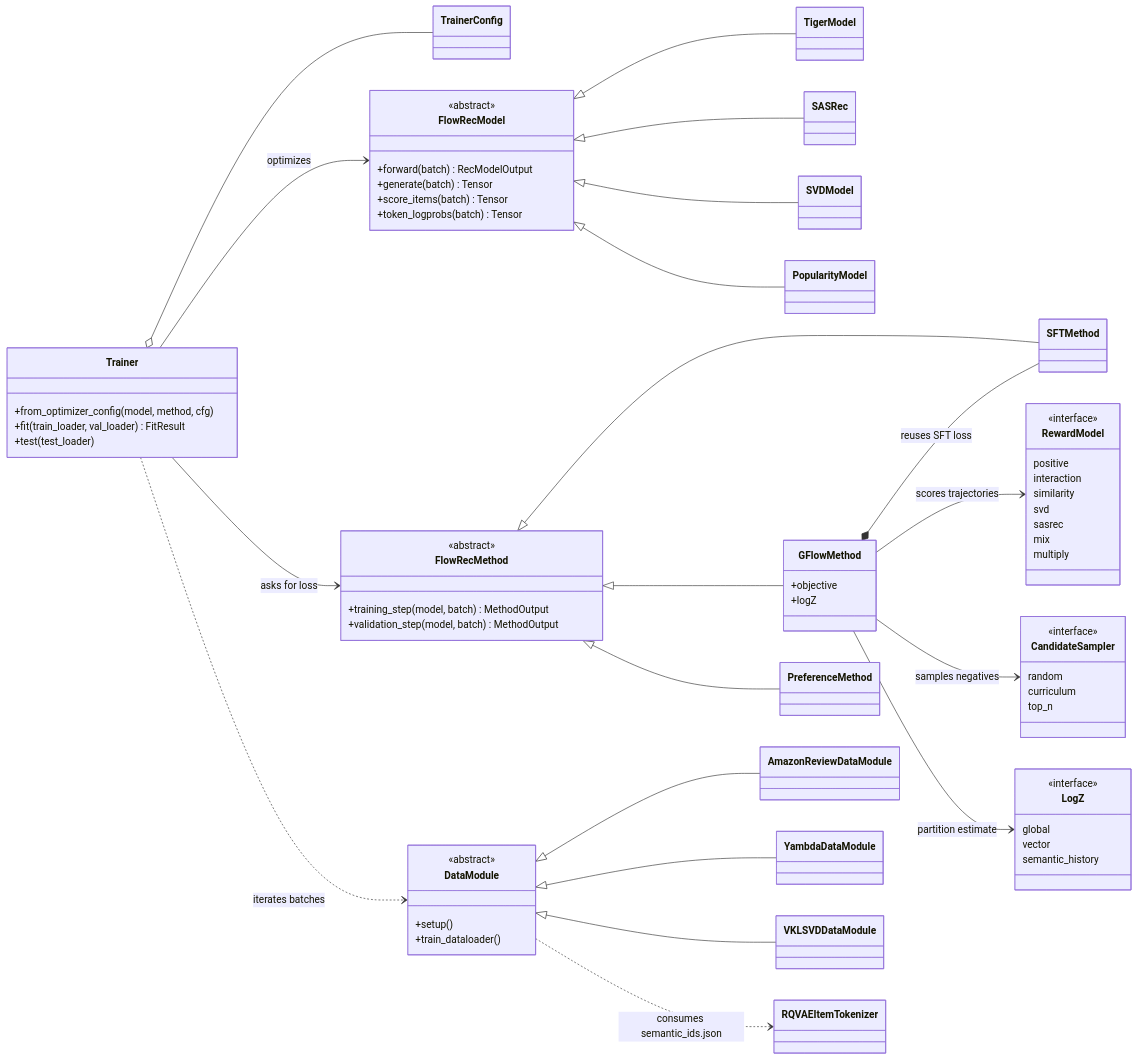
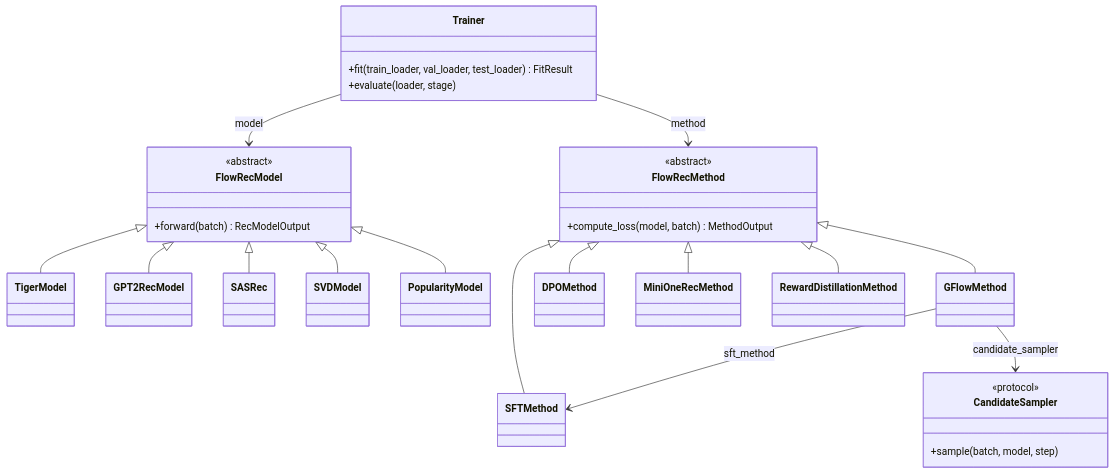
One commit to Anaxagor/flowrec changed the diagram in README.md. Above: the diagram before and after it, drawn with Mermaid. The commit also changed other lines of this file and 49 other files, not shown here.

````diff
--- a/README.md
+++ b/README.md
@@ -110,89 +63,36 @@
 ```mermaid
 classDiagram
-    direction LR
-
-    class Trainer {
-        +from_optimizer_config(model, method, cfg)
-        +fit(train_loader, val_loader) FitResult
-        +test(test_loader)
-    }
-    class TrainerConfig
-    Trainer o-- TrainerConfig
-
     class FlowRecModel {
         <<abstract>>
         +forward(batch) RecModelOutput
-        +generate(batch) Tensor
-        +score_items(batch) Tensor
-        +token_logprobs(batch) Tensor
     }
-    class TigerModel
-    class SASRec
-    class SVDModel
-    class PopularityModel
+    class FlowRecMethod {
+        <<abstract>>
+        +compute_loss(model, batch) MethodOutput
+    }
+    class Trainer {
+        +fit(train_loader, val_loader, test_loader) FitResult
+        +evaluate(loader, stage)
+    }
+    class CandidateSampler {
+        <<protocol>>
+        +sample(batch, model, step)
+    }
+
     FlowRecModel <|-- TigerModel
+    FlowRecModel <|-- GPT2RecModel
     FlowRecModel <|-- SASRec
     FlowRecModel <|-- SVDModel
     FlowRecModel <|-- PopularityModel
 
-    class FlowRecMethod {
-        <<abstract>>
-        +training_step(model, batch) MethodOutput
-        +validation_step(model, batch) MethodOutput
-    }
-    class SFTMethod
-    class GFlowMethod {
-        +objective
-        +logZ
-    }
-    class PreferenceMethod
     FlowRecMethod <|-- SFTMethod
     FlowRecMethod <|-- GFlowMethod
-    FlowRecMethod <|-- PreferenceMethod
-    GFlowMethod *-- SFTMethod : reuses SFT loss
+    FlowRecMethod <|-- DPOMethod
+    FlowRecMethod <|-- MiniOneRecMethod
+    FlowRecMethod <|-- RewardDistillationMethod
 
-    class RewardModel {
-        <<interface>>
-        positive
-        interaction
-        similarity
-        svd
-        sasrec
-        mix
-        multiply
-    }
-    class CandidateSampler {
-        <<interface>>
-        random
-        curriculum
-        top_n
-    }
-    class LogZ {
-        <<interface>>
-        global
-        vector
-        semantic_history
-    }
-    GFlowMethod --> RewardModel : scores trajectories
-    GFlowMethod --> CandidateSampler : samples negatives
-    GFlowMethod --> LogZ : partition estimate
-
-    class DataModule {
-        <<abstract>>
-        +setup()
-        +train_dataloader()
-    }
-    class AmazonReviewDataModule
-    class YambdaDataModule
-    class VKLSVDDataModule
-    DataModule <|-- AmazonReviewDataModule
-    DataModule <|-- YambdaDataModule
-    DataModule <|-- VKLSVDDataModule
-
-    class RQVAEItemTokenizer
-    DataModule ..> RQVAEItemTokenizer : consumes semantic_ids.json
-
-    Trainer --> FlowRecModel : optimizes
-    Trainer --> FlowRecMethod : asks for loss
-    Trainer ..> DataModule : iterates batches
+    Trainer --> FlowRecModel : model
+    Trainer --> FlowRecMethod : method
+    GFlowMethod --> SFTMethod : sft_method
+    GFlowMethod --> CandidateSampler : candidate_sampler
 ```
````
